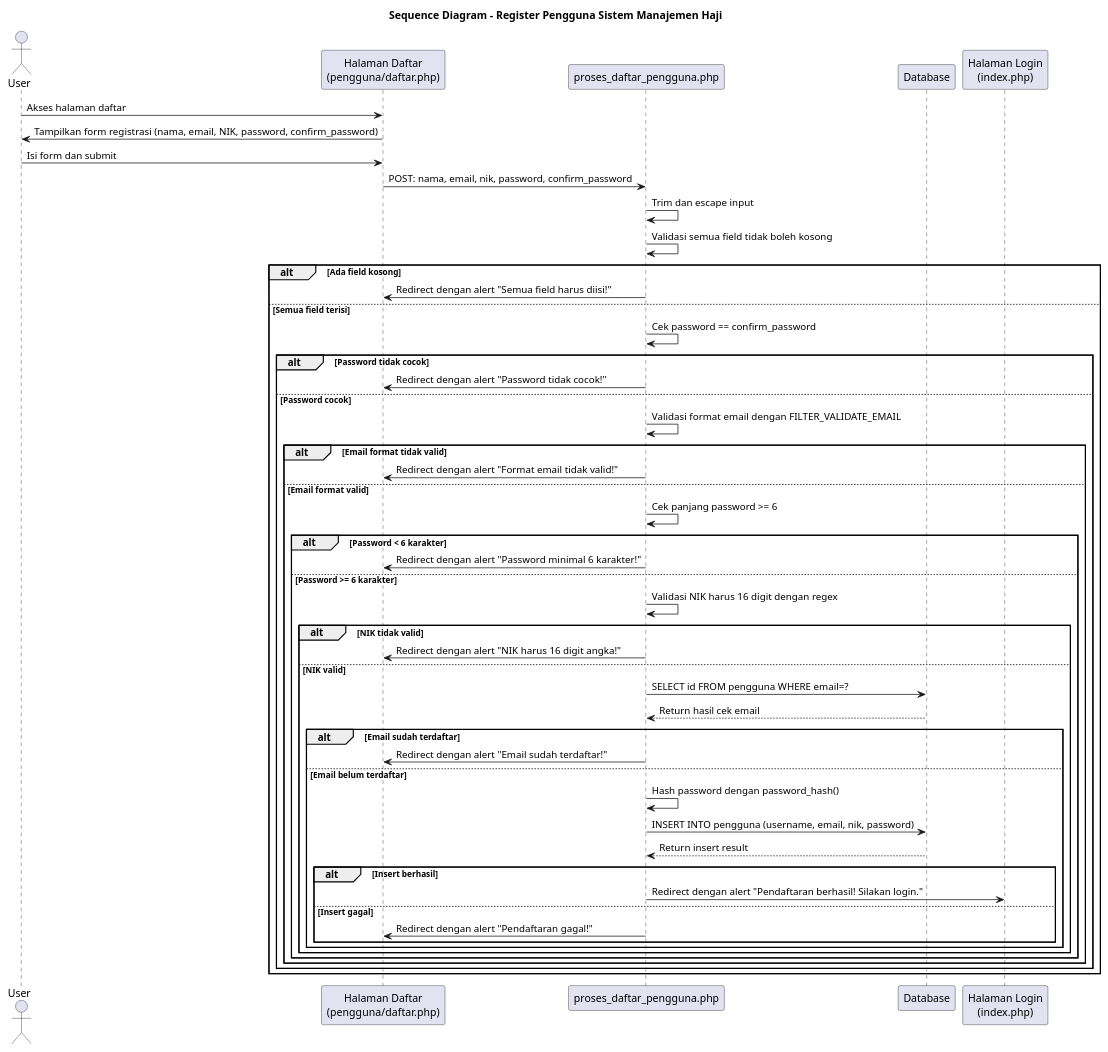
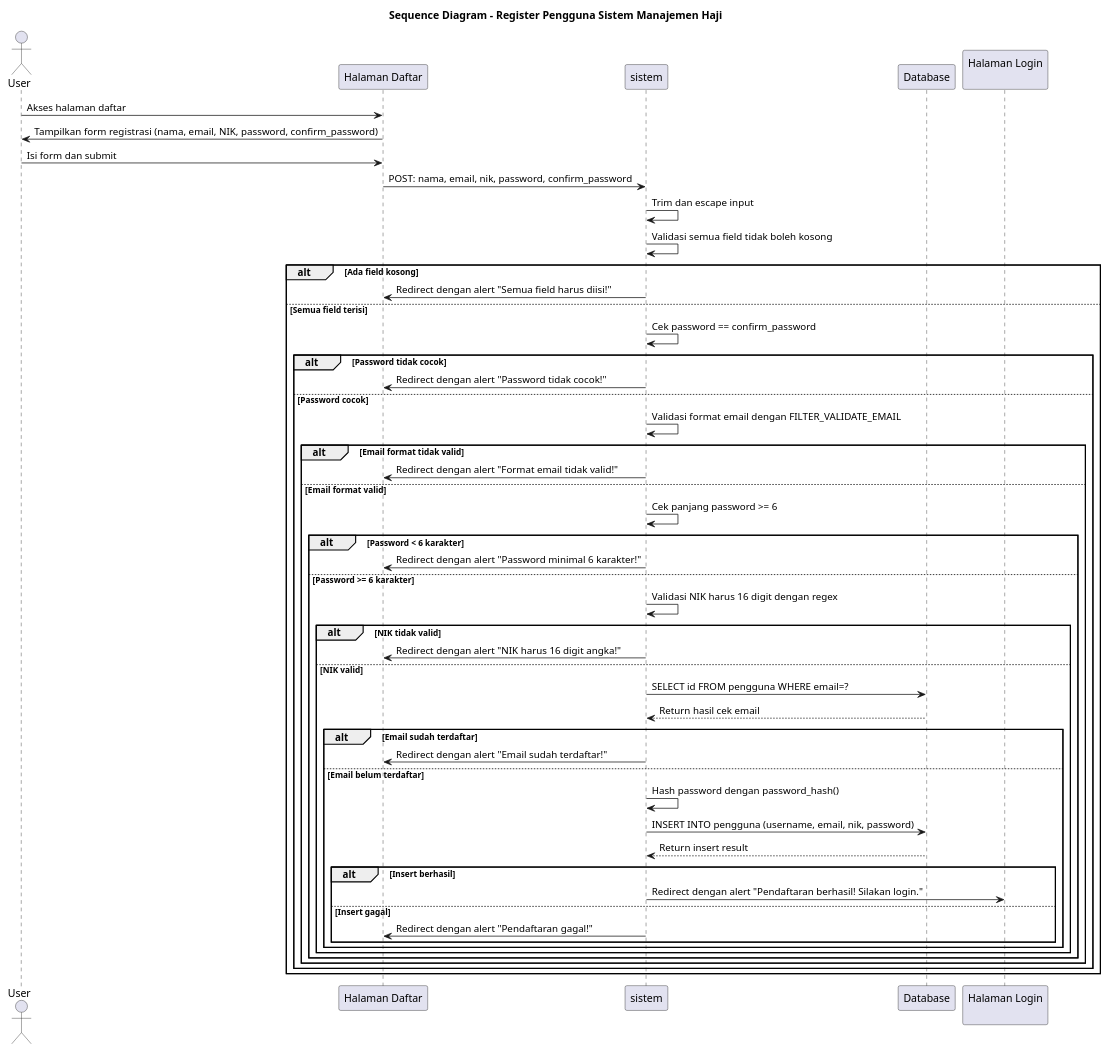
Before and after one commit to fauzirahayu/uzicom: the diagram in komponen/sequence_diagram_register.puml, drawn with PlantUML. The commit also changed 6 other files, not shown here.

```diff
--- a/komponen/sequence_diagram_register.puml
+++ b/komponen/sequence_diagram_register.puml
@@ -1,61 +1,61 @@
 @startuml Sequence Diagram Register
 
 title Sequence Diagram - Register Pengguna Sistem Manajemen Haji
 
 actor User
-participant "Halaman Daftar\n(pengguna/daftar.php)" as RegisterPage
-participant "proses_daftar_pengguna.php" as RegisterProcess
+participant "Halaman Daftar" as RegisterPage
+participant "sistem" as RegisterProcess
 participant "Database" as DB
-participant "Halaman Login\n(index.php)" as LoginPage
+participant "Halaman Login\n" as LoginPage
 
 User -> RegisterPage: Akses halaman daftar
 RegisterPage -> User: Tampilkan form registrasi (nama, email, NIK, password, confirm_password)
 
 User -> RegisterPage: Isi form dan submit
 RegisterPage -> RegisterProcess: POST: nama, email, nik, password, confirm_password
 
 RegisterProcess -> RegisterProcess: Trim dan escape input
 
 RegisterProcess -> RegisterProcess: Validasi semua field tidak boleh kosong
 alt Ada field kosong
     RegisterProcess -> RegisterPage: Redirect dengan alert "Semua field harus diisi!"
 else Semua field terisi
     RegisterProcess -> RegisterProcess: Cek password == confirm_password
     alt Password tidak cocok
         RegisterProcess -> RegisterPage: Redirect dengan alert "Password tidak cocok!"
     else Password cocok
         RegisterProcess -> RegisterProcess: Validasi format email dengan FILTER_VALIDATE_EMAIL
         alt Email format tidak valid
             RegisterProcess -> RegisterPage: Redirect dengan alert "Format email tidak valid!"
         else Email format valid
             RegisterProcess -> RegisterProcess: Cek panjang password >= 6
             alt Password < 6 karakter
                 RegisterProcess -> RegisterPage: Redirect dengan alert "Password minimal 6 karakter!"
             else Password >= 6 karakter
                 RegisterProcess -> RegisterProcess: Validasi NIK harus 16 digit dengan regex
                 alt NIK tidak valid
                     RegisterProcess -> RegisterPage: Redirect dengan alert "NIK harus 16 digit angka!"
                 else NIK valid
                     RegisterProcess -> DB: SELECT id FROM pengguna WHERE email=?
                     DB --> RegisterProcess: Return hasil cek email
                     
                     alt Email sudah terdaftar
                         RegisterProcess -> RegisterPage: Redirect dengan alert "Email sudah terdaftar!"
                     else Email belum terdaftar
                         RegisterProcess -> RegisterProcess: Hash password dengan password_hash()
                         RegisterProcess -> DB: INSERT INTO pengguna (username, email, nik, password)
                         DB --> RegisterProcess: Return insert result
                         
                         alt Insert berhasil
                             RegisterProcess -> LoginPage: Redirect dengan alert "Pendaftaran berhasil! Silakan login."
                         else Insert gagal
                             RegisterProcess -> RegisterPage: Redirect dengan alert "Pendaftaran gagal!"
                         end
                     end
                 end
             end
         end
     end
 end
 
 @enduml
```
